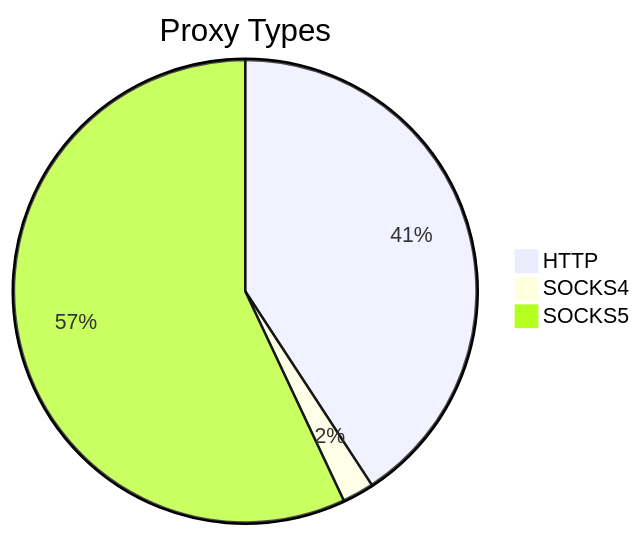
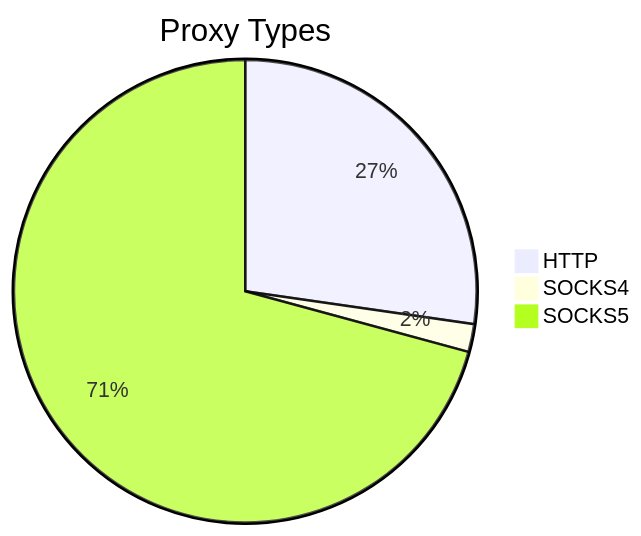
Before and after one commit to stormsia/proxy-list: the first of 2 diagrams in README.md, drawn with Mermaid. The commit also changed other lines of this file, not shown here.

````diff
--- a/README.md
+++ b/README.md
@@ -21,6 +21,6 @@
 ```mermaid
 pie title Proxy Types
-    "HTTP" : 166
+    "HTTP" : 126
     "SOCKS4" : 9
-    "SOCKS5" : 232
+    "SOCKS5" : 327
 ```
````
